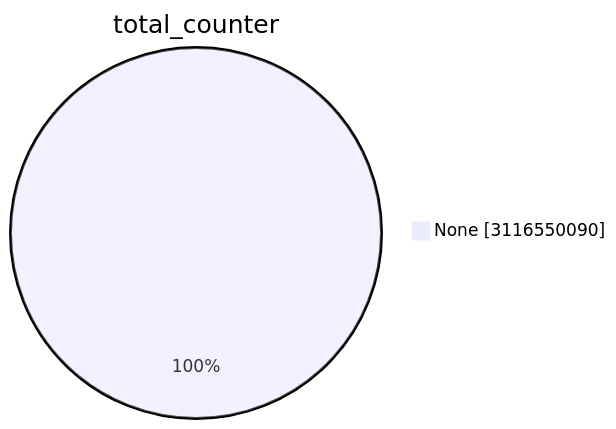
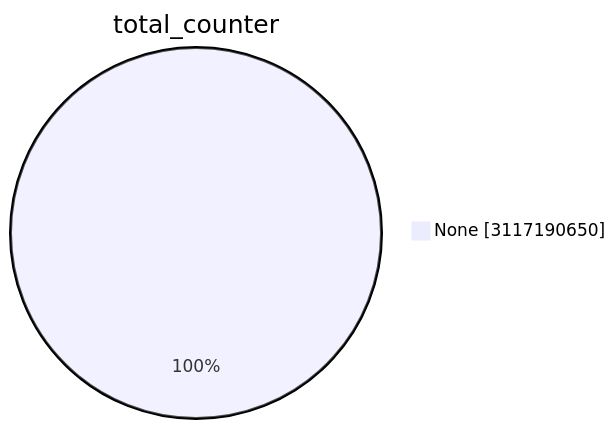
Before and after one commit to christiankrug/ctmonitor_visualization: the first of 15 diagrams in TOTAL/README.md, drawn with Mermaid. The commit also changed other lines of this file, not shown here.

````diff
--- a/TOTAL/README.md
+++ b/TOTAL/README.md
@@ -1,5 +1,5 @@
 ```mermaid
 pie showData
 title total_counter
-"None" :3116550090
+"None" :3117190650
 ```
````
